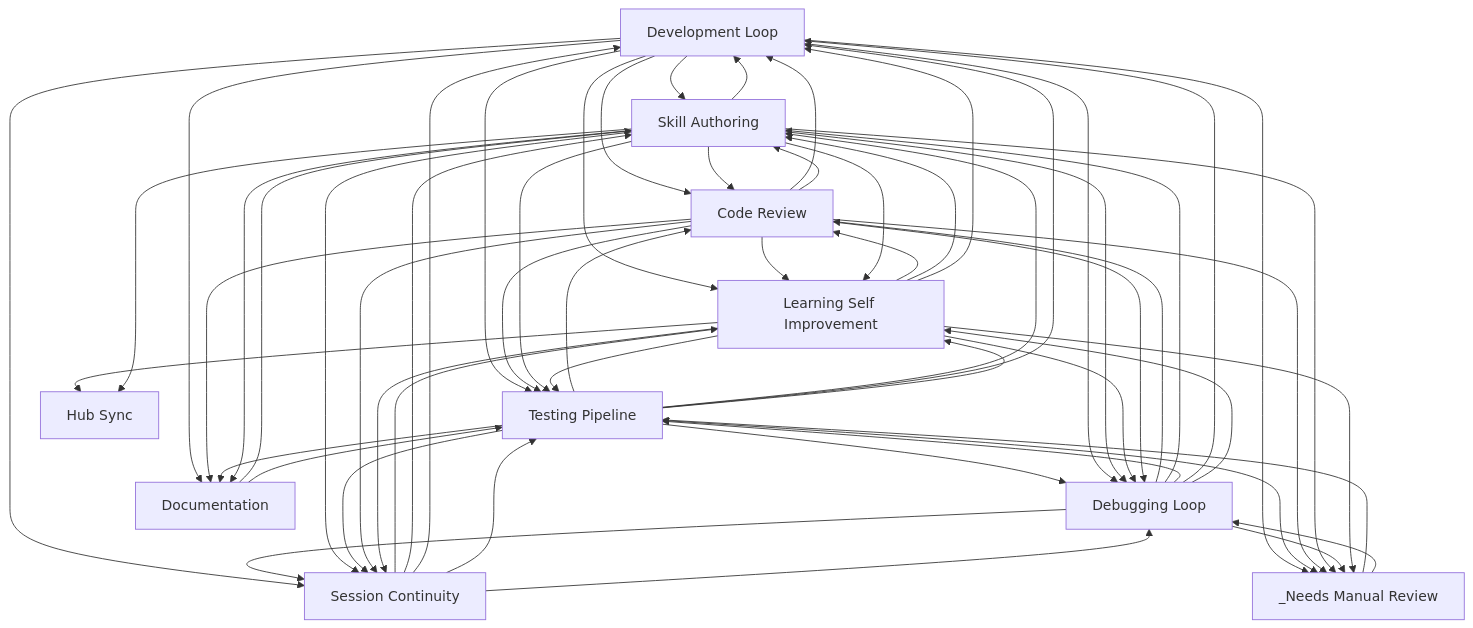
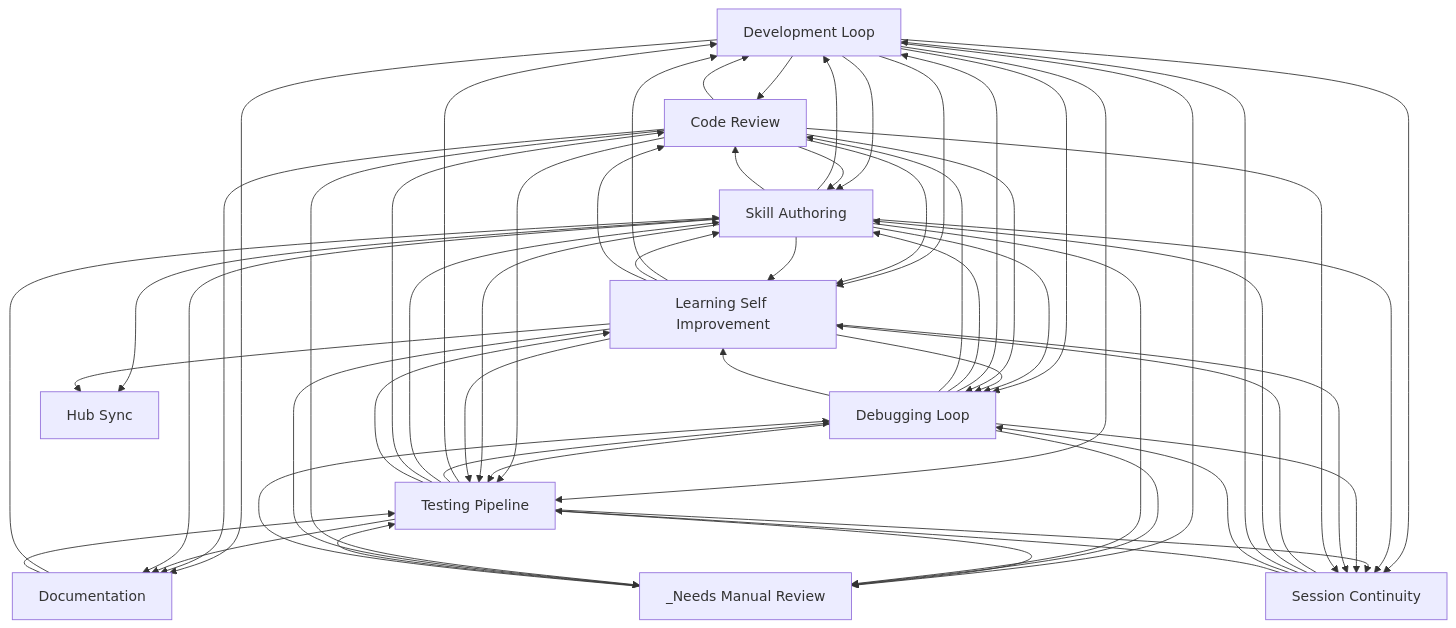
One commit to abhayla/claude-best-practices changed the diagram in docs/workflows/INDEX.md. Above: the diagram before and after it, drawn with Mermaid. The commit also changed other lines of this file and 13 other files, not shown here.

````diff
--- a/docs/workflows/INDEX.md
+++ b/docs/workflows/INDEX.md
@@ -22,70 +22,70 @@
 ```mermaid
 graph TD
     development_loop[Development Loop]
     testing_pipeline[Testing Pipeline]
     debugging_loop[Debugging Loop]
     learning_self_improvement[Learning Self Improvement]
     session_continuity[Session Continuity]
     skill_authoring[Skill Authoring]
     code_review[Code Review]
     documentation[Documentation]
     hub_sync[Hub Sync]
     _needs_manual_review[_Needs Manual Review]
     documentation --> skill_authoring
     documentation --> testing_pipeline
+    development_loop --> code_review
     development_loop --> skill_authoring
-    development_loop --> code_review
     code_review --> development_loop
     code_review --> skill_authoring
     development_loop --> learning_self_improvement
     development_loop --> testing_pipeline
     code_review --> learning_self_improvement
     code_review --> testing_pipeline
+    testing_pipeline --> development_loop
+    testing_pipeline --> debugging_loop
+    testing_pipeline --> skill_authoring
     testing_pipeline --> code_review
-    testing_pipeline --> skill_authoring
-    testing_pipeline --> debugging_loop
-    testing_pipeline --> development_loop
+    debugging_loop --> development_loop
+    debugging_loop --> testing_pipeline
+    debugging_loop --> skill_authoring
     debugging_loop --> code_review
-    debugging_loop --> skill_authoring
-    debugging_loop --> testing_pipeline
-    debugging_loop --> development_loop
     development_loop --> debugging_loop
     skill_authoring --> development_loop
     skill_authoring --> code_review
     skill_authoring --> learning_self_improvement
     skill_authoring --> testing_pipeline
     development_loop --> _needs_manual_review
     testing_pipeline --> _needs_manual_review
     development_loop --> documentation
     code_review --> documentation
     testing_pipeline --> documentation
+    development_loop --> session_continuity
     session_continuity --> learning_self_improvement
-    development_loop --> session_continuity
     _needs_manual_review --> testing_pipeline
-    debugging_loop --> session_continuity
     skill_authoring --> session_continuity
     testing_pipeline --> session_continuity
+    debugging_loop --> session_continuity
     skill_authoring --> debugging_loop
     _needs_manual_review --> debugging_loop
+    testing_pipeline --> learning_self_improvement
     debugging_loop --> learning_self_improvement
-    testing_pipeline --> learning_self_improvement
+    learning_self_improvement --> development_loop
+    learning_self_improvement --> debugging_loop
+    learning_self_improvement --> testing_pipeline
+    learning_self_improvement --> skill_authoring
     learning_self_improvement --> code_review
-    learning_self_improvement --> skill_authoring
-    learning_self_improvement --> testing_pipeline
-    learning_self_improvement --> debugging_loop
-    learning_self_improvement --> development_loop
     code_review --> debugging_loop
+    debugging_loop --> _needs_manual_review
+    skill_authoring --> _needs_manual_review
     code_review --> _needs_manual_review
-    skill_authoring --> _needs_manual_review
-    debugging_loop --> _needs_manual_review
+    learning_self_improvement --> session_continuity
     code_review --> session_continuity
-    learning_self_improvement --> session_continuity
     session_continuity --> skill_authoring
     session_continuity --> development_loop
+    session_continuity --> debugging_loop
     session_continuity --> testing_pipeline
-    session_continuity --> debugging_loop
+    skill_authoring --> hub_sync
     learning_self_improvement --> hub_sync
-    skill_authoring --> hub_sync
     learning_self_improvement --> _needs_manual_review
     skill_authoring --> documentation
 ```
````
